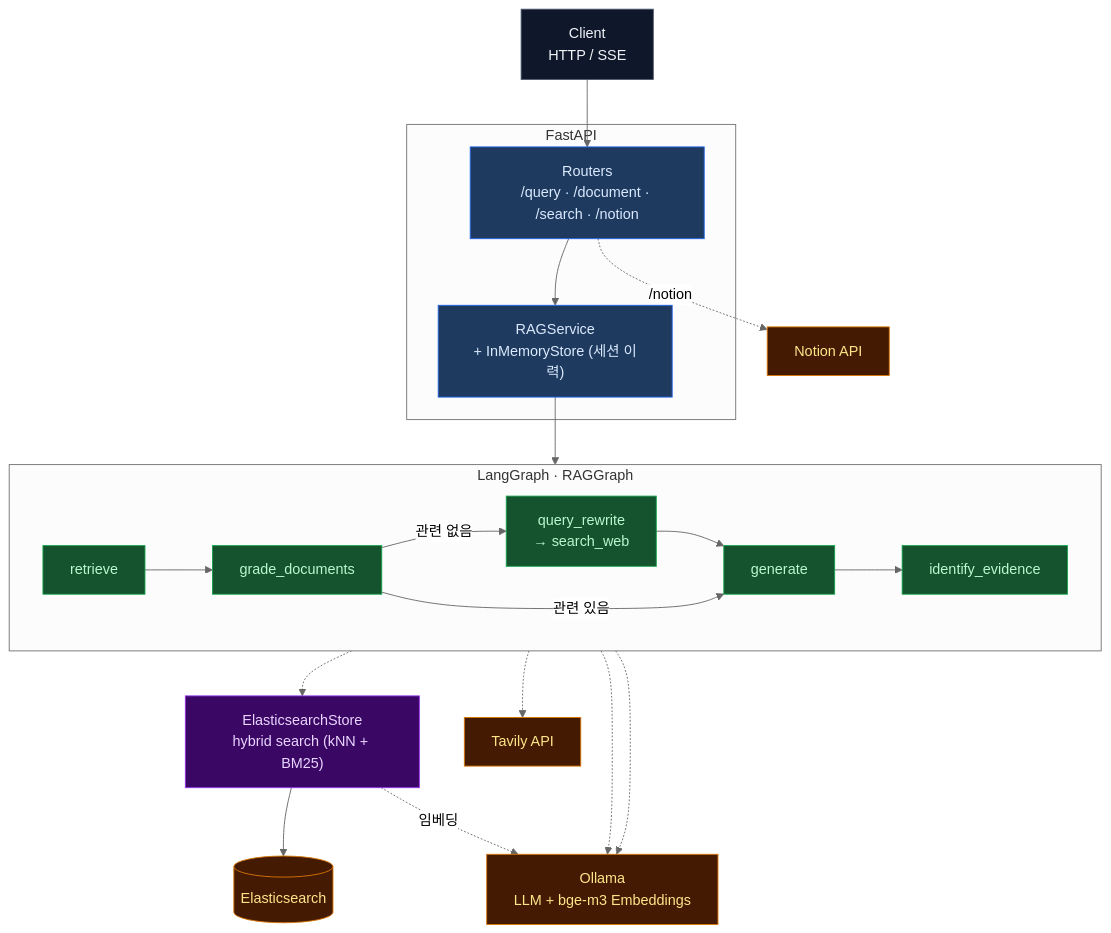
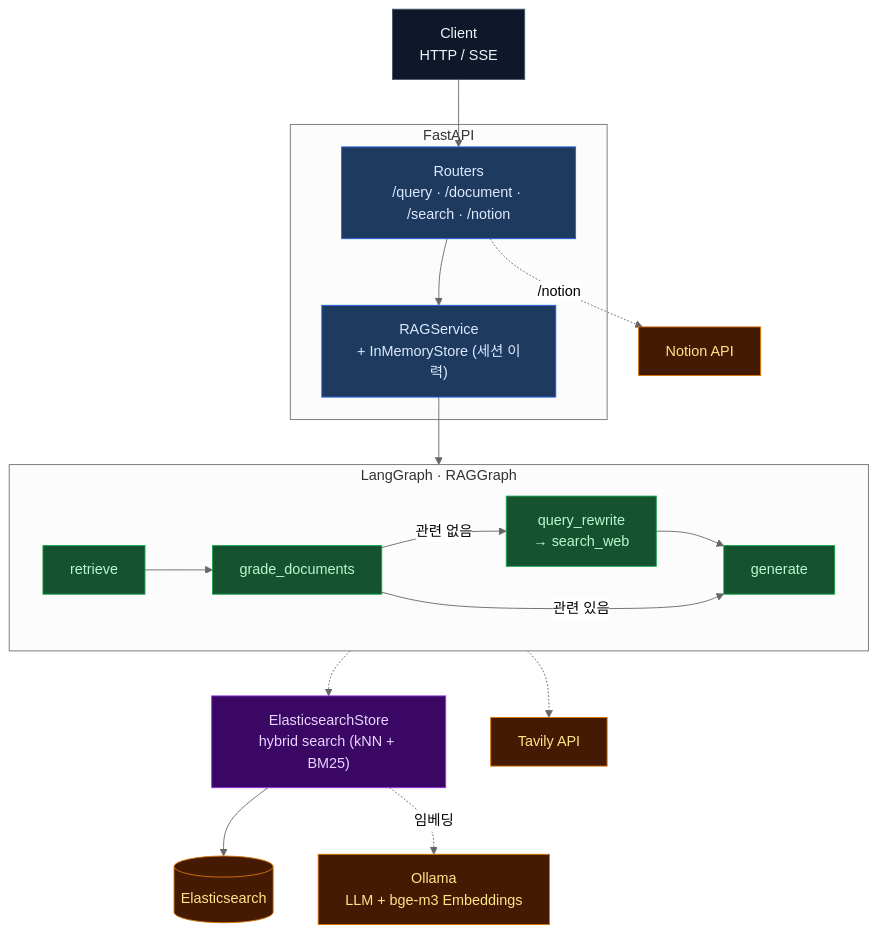
The first of 3 diagrams in README.md (linkmind-ai/rag-project), drawn with Mermaid (neutral theme) before and after one commit. The commit also changed other lines of this file, not shown here.

````diff
--- a/README.md
+++ b/README.md
@@ -52,42 +52,39 @@
 ```mermaid
 flowchart TB
     classDef client fill:#0f172a,stroke:#475569,color:#f1f5f9
     classDef api    fill:#1e3a5f,stroke:#2563eb,color:#dbeafe
     classDef gnode  fill:#14532d,stroke:#16a34a,color:#bbf7d0
     classDef store  fill:#3b0764,stroke:#9333ea,color:#e9d5ff
     classDef ext    fill:#451a03,stroke:#d97706,color:#fde68a
 
     C["Client\nHTTP / SSE"]:::client
 
     subgraph API["FastAPI"]
         R["Routers\n/query · /document · /search · /notion"]:::api
         S["RAGService\n+ InMemoryStore (세션 이력)"]:::api
     end
 
     subgraph G["LangGraph · RAGGraph"]
         direction LR
         G1["retrieve"]:::gnode
         G2["grade_documents"]:::gnode
         G3["query_rewrite\n→ search_web"]:::gnode
         G4["generate"]:::gnode
-        G5["identify_evidence"]:::gnode
         G1 --> G2
         G2 -->|관련 없음| G3 --> G4
         G2 -->|관련 있음| G4
-        G4 --> G5
     end
 
     ES["ElasticsearchStore\nhybrid search (kNN + BM25)"]:::store
 
     ESDB[("Elasticsearch")]:::ext
     OLLAMA["Ollama\nLLM + bge-m3 Embeddings"]:::ext
     TAVILY["Tavily API"]:::ext
     NOTION["Notion API"]:::ext
 
     C --> R --> S --> G
     G1 -.-> ES --> ESDB
     ES -.->|임베딩| OLLAMA
     G3 -.-> TAVILY
-    G4 & G5 -.-> OLLAMA
     R -.->|/notion| NOTION
 ```
````
